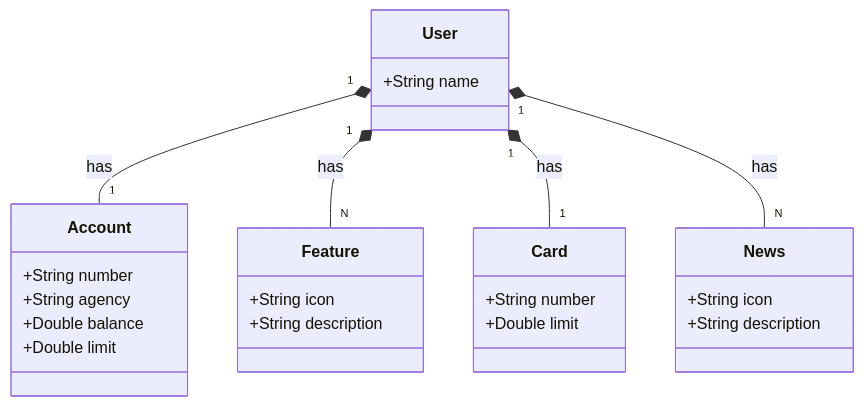
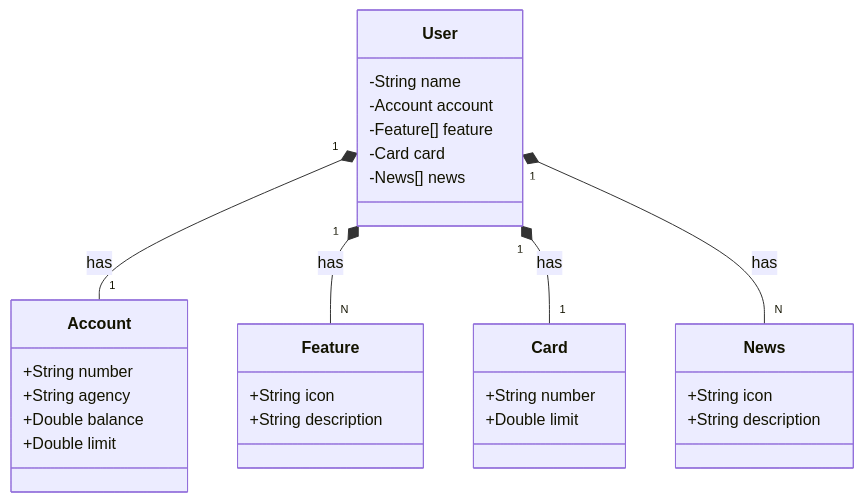
The diagram in README.md (HugoSaladini/santander-dev-week), drawn with Mermaid before and after one commit.

Commit message:
Update README.md
Ajuste da camada user do diagrama de classes

````diff
--- a/README.md
+++ b/README.md
@@ -5,33 +5,37 @@
 ```mermaid
 classDiagram
-    class User {
-        +String name
+        class User {
+        -String name
+        -Account account 
+        -Feature[] feature
+        -Card card
+        -News[] news
     }
     
     class Account {
         +String number
         +String agency
         +Double balance
         +Double limit
     }
     
     class Feature {
         +String icon
         +String description
     }
     
     class Card {
         +String number
         +Double limit
     }
     
     class News {
         +String icon
         +String description
     }
     
     User "1" *-- "1" Account : has
     User "1" *-- "N" Feature : has
     User "1" *-- "1" Card : has
     User "1" *-- "N" News : has
 ```
````
